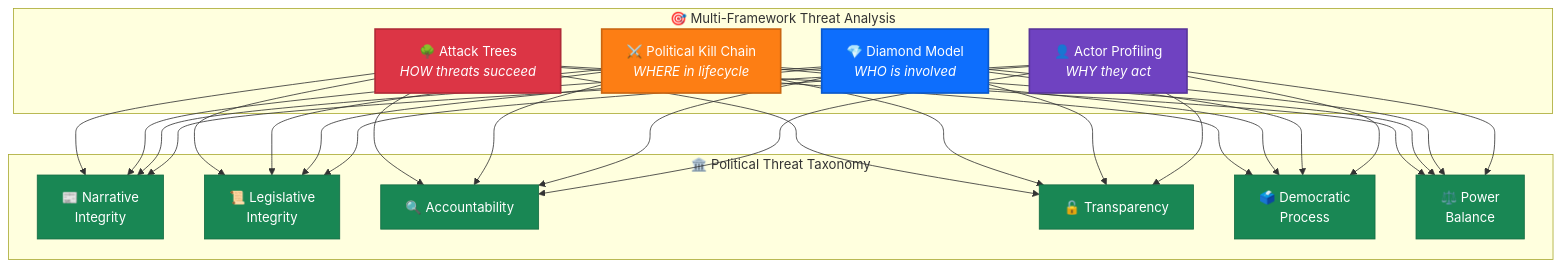
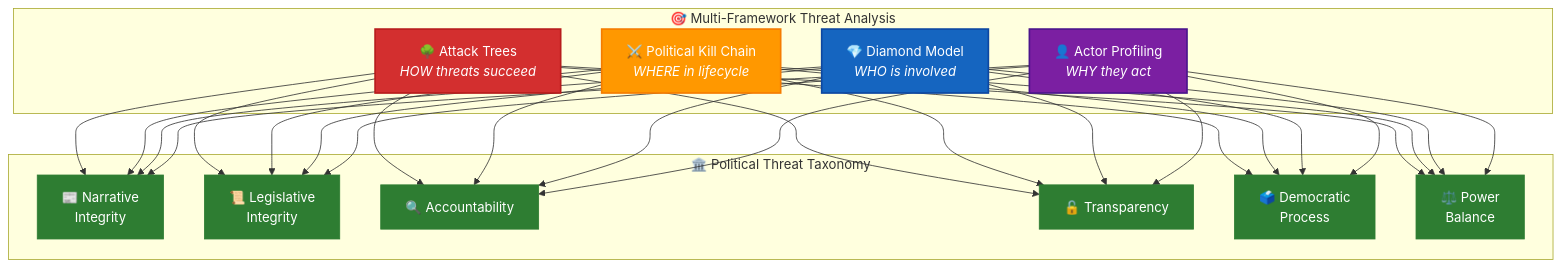
One commit to Hack23/riksdagsmonitor changed the seventh of 11 diagrams in analysis/methodologies/README.md. Above: the diagram before and after it, drawn with Mermaid. The commit also changed other lines of this file and 14 other files, not shown here.

First line of the commit message:
Align analysis/ mermaid diagrams with ISMS Style Guide palette and convert SWOT to quadrantChart

````diff
--- a/analysis/methodologies/README.md
+++ b/analysis/methodologies/README.md
@@ -372,34 +395,34 @@
 ```mermaid
 graph TB
     subgraph "🎯 Multi-Framework Threat Analysis"
         AT["🌳 Attack Trees<br/><i>HOW threats succeed</i>"]
         KC["⚔️ Political Kill Chain<br/><i>WHERE in lifecycle</i>"]
         DM["💎 Diamond Model<br/><i>WHO is involved</i>"]
         AP["👤 Actor Profiling<br/><i>WHY they act</i>"]
     end
 
     subgraph "🏛️ Political Threat Taxonomy"
         NI["📰 Narrative<br/>Integrity"]
         LI["📜 Legislative<br/>Integrity"]
         AC["🔍 Accountability"]
         TR["🔓 Transparency"]
         DP["🗳️ Democratic<br/>Process"]
         PB["⚖️ Power<br/>Balance"]
     end
 
     AT --> NI & LI & AC & TR & DP & PB
     KC --> NI & LI & AC & TR & DP & PB
     DM --> NI & LI & AC & TR & DP & PB
     AP --> NI & LI & AC & TR & DP & PB
 
-    style AT fill:#dc3545,color:#fff,stroke:#b02a37,stroke-width:2px
-    style KC fill:#fd7e14,color:#fff,stroke:#ca6510,stroke-width:2px
-    style DM fill:#0d6efd,color:#fff,stroke:#0a58ca,stroke-width:2px
-    style AP fill:#6f42c1,color:#fff,stroke:#59359a,stroke-width:2px
-    style NI fill:#198754,color:#fff,stroke:#146c43
-    style LI fill:#198754,color:#fff,stroke:#146c43
-    style AC fill:#198754,color:#fff,stroke:#146c43
-    style TR fill:#198754,color:#fff,stroke:#146c43
-    style DP fill:#198754,color:#fff,stroke:#146c43
-    style PB fill:#198754,color:#fff,stroke:#146c43
+    style AT fill:#D32F2F,color:#FFFFFF,stroke:#B71C1C,stroke-width:2px
+    style KC fill:#FF9800,color:#FFFFFF,stroke:#F57C00,stroke-width:2px
+    style DM fill:#1565C0,color:#FFFFFF,stroke:#0D47A1,stroke-width:2px
+    style AP fill:#7B1FA2,color:#FFFFFF,stroke:#4A148C,stroke-width:2px
+    style NI fill:#2E7D32,color:#FFFFFF,stroke:#2E7D32
+    style LI fill:#2E7D32,color:#FFFFFF,stroke:#2E7D32
+    style AC fill:#2E7D32,color:#FFFFFF,stroke:#2E7D32
+    style TR fill:#2E7D32,color:#FFFFFF,stroke:#2E7D32
+    style DP fill:#2E7D32,color:#FFFFFF,stroke:#2E7D32
+    style PB fill:#2E7D32,color:#FFFFFF,stroke:#2E7D32
 ```
````
